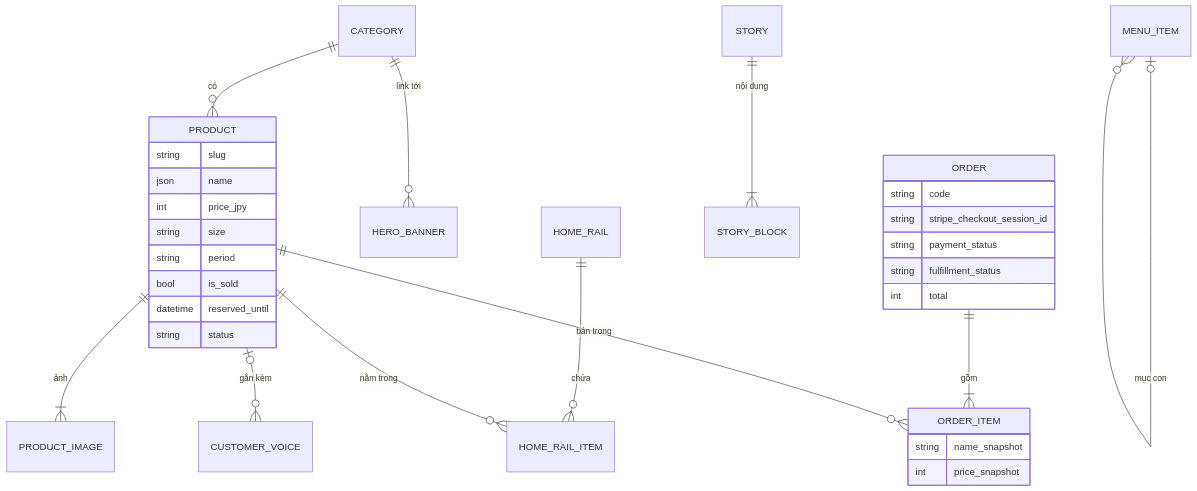
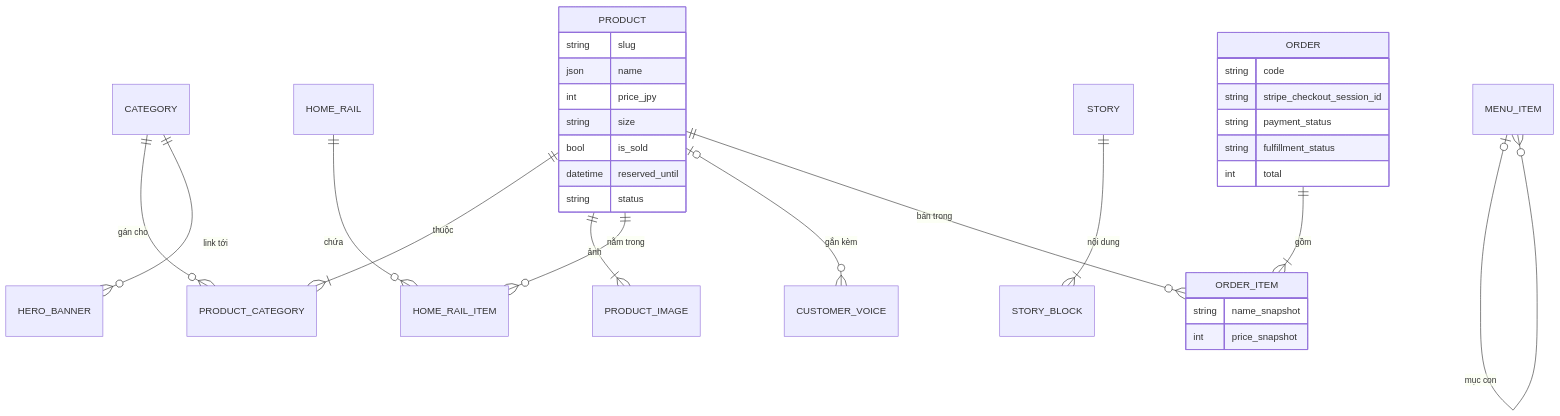
One commit to amb-storage/web changed the second of 2 diagrams in docs/admin-screens.md. Above: the diagram before and after it, drawn with Mermaid. The commit also changed other lines of this file, not shown here.

Commit message:
fix: update product documentation for clarity; refine category handling and remove unnecessary fields

````diff
--- a/docs/admin-screens.md
+++ b/docs/admin-screens.md
@@ -278,35 +277,35 @@
 ```mermaid
 erDiagram
-    CATEGORY ||--o{ PRODUCT : "có"
+    CATEGORY ||--o{ PRODUCT_CATEGORY : "gán cho"
+    PRODUCT ||--|{ PRODUCT_CATEGORY : "thuộc"
     PRODUCT ||--|{ PRODUCT_IMAGE : "ảnh"
     CATEGORY ||--o{ HERO_BANNER : "link tới"
     HOME_RAIL ||--o{ HOME_RAIL_ITEM : "chứa"
     PRODUCT ||--o{ HOME_RAIL_ITEM : "nằm trong"
     PRODUCT |o--o{ CUSTOMER_VOICE : "gắn kèm"
     STORY ||--|{ STORY_BLOCK : "nội dung"
     MENU_ITEM |o--o{ MENU_ITEM : "mục con"
     ORDER ||--|{ ORDER_ITEM : "gồm"
     PRODUCT ||--o{ ORDER_ITEM : "bán trong"
 
     PRODUCT {
         string slug
         json name
         int price_jpy
         string size
-        string period
         bool is_sold
         datetime reserved_until
         string status
     }
     ORDER {
         string code
         string stripe_checkout_session_id
         string payment_status
         string fulfillment_status
         int total
     }
     ORDER_ITEM {
         string name_snapshot
         int price_snapshot
     }
 ```
````
